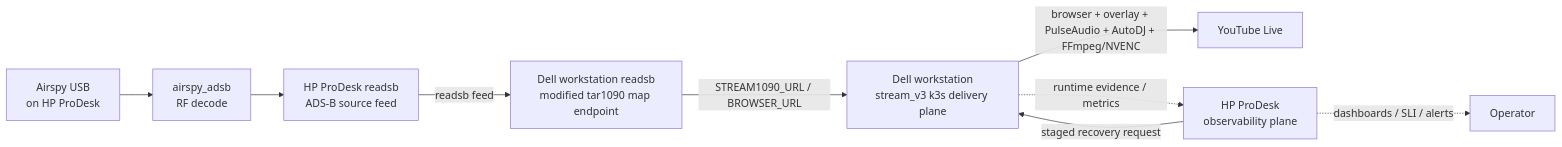
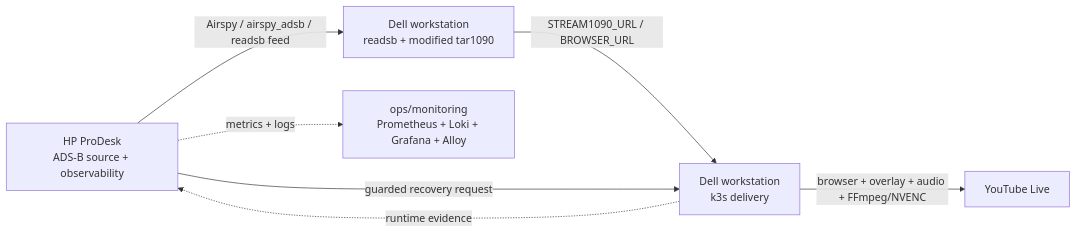
The diagram in README.md (yukimurata0421/live-stream-systems-case-study), drawn with Mermaid before and after one commit. The commit also changed other lines of this file and 8 other files, not shown here.

````diff
--- a/README.md
+++ b/README.md
@@ -37,11 +38,15 @@
 ```mermaid
 flowchart LR
-    AIRSPY["Airspy USB<br/>on HP ProDesk"] --> AIRSPY_ADSB["airspy_adsb<br/>RF decode"]
-    AIRSPY_ADSB --> PRODESK_READSB["HP ProDesk readsb<br/>ADS-B source feed"]
-    PRODESK_READSB -->|readsb feed| DELL_READSB["Dell workstation readsb<br/>modified tar1090 map endpoint"]
-    DELL_READSB -->|STREAM1090_URL / BROWSER_URL| DELL_K3S["Dell workstation<br/>stream_v3 k3s delivery plane"]
-    DELL_K3S -->|browser + overlay + PulseAudio + AutoDJ + FFmpeg/NVENC| YT["YouTube Live"]
-    DELL_K3S -. runtime evidence / metrics .-> PRODESK_OBS["HP ProDesk<br/>observability plane"]
-    PRODESK_OBS -->|staged recovery request| DELL_K3S
-    PRODESK_OBS -. dashboards / SLI / alerts .-> OP["Operator"]
+    PRODESK["HP ProDesk<br/>ADS-B source + observability"]
+    DELL_MAP["Dell workstation<br/>readsb + modified tar1090"]
+    DELL_K3S["Dell workstation<br/>k3s delivery"]
+    YT["YouTube Live"]
+    OPS["ops/monitoring<br/>Prometheus + Loki + Grafana + Alloy"]
+
+    PRODESK -->|Airspy / airspy_adsb / readsb feed| DELL_MAP
+    DELL_MAP -->|STREAM1090_URL / BROWSER_URL| DELL_K3S
+    DELL_K3S -->|browser + overlay + audio + FFmpeg/NVENC| YT
+    DELL_K3S -. runtime evidence .-> PRODESK
+    PRODESK -->|guarded recovery request| DELL_K3S
+    PRODESK -. metrics + logs .-> OPS
 ```
````
